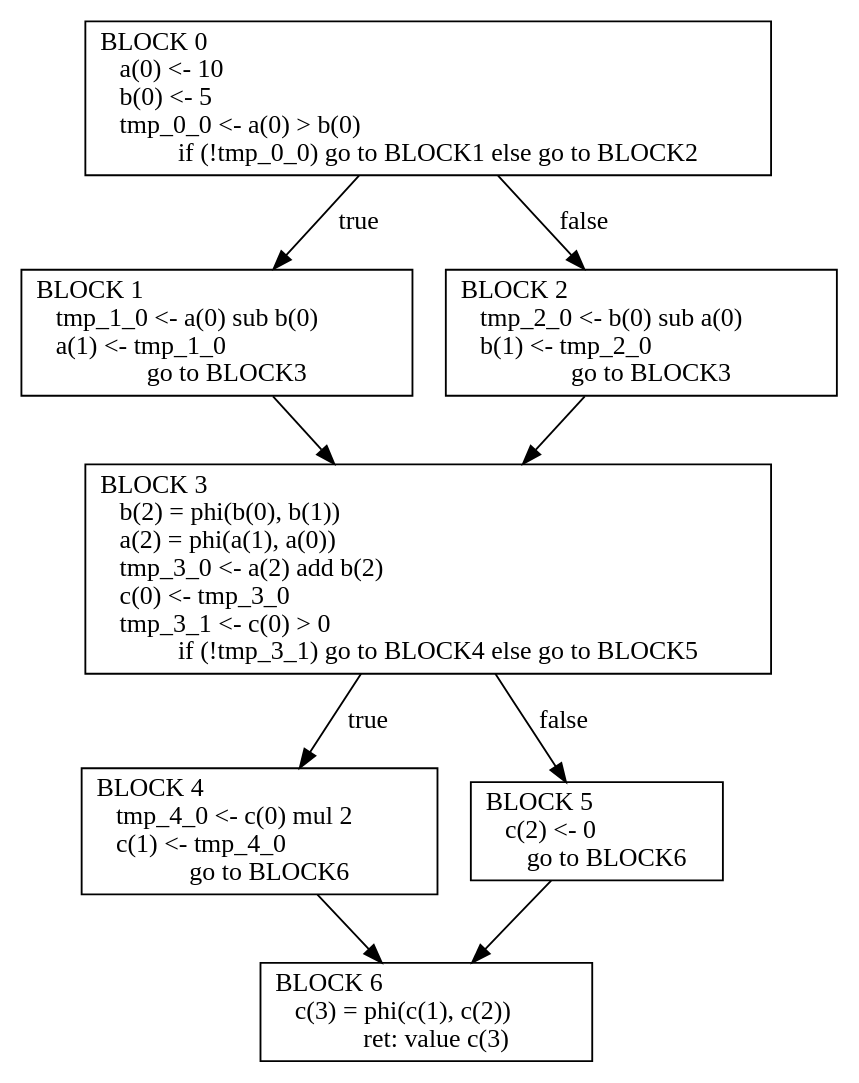
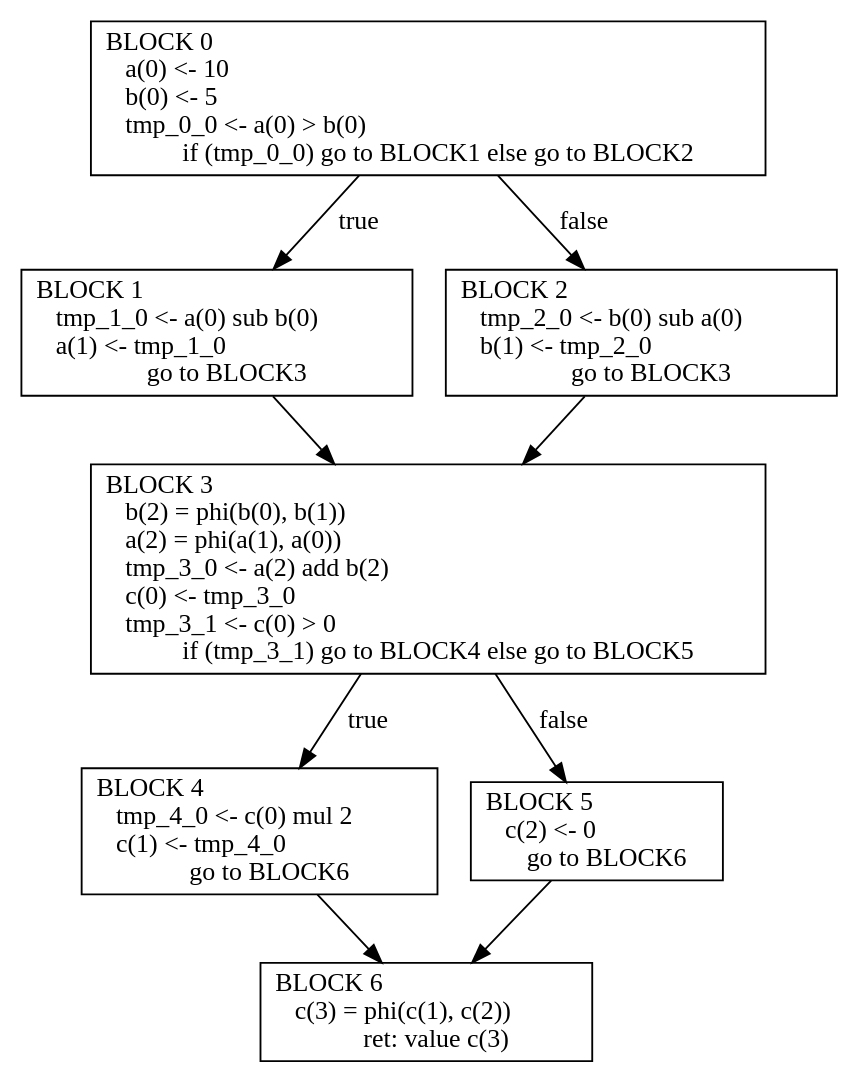
One commit to ark2016/generation-of-optimal-code changed the diagram in lab4/results/example1_ssa.dot. Above: the diagram before and after it, drawn with Graphviz. The commit also changed 22 other files, not shown here.

```diff
--- a/lab4/results/example1_ssa.dot
+++ b/lab4/results/example1_ssa.dot
@@ -1,18 +1,18 @@
 digraph G{
 node [shape=box nojustify=false]
-0 [label="BLOCK 0\l    a(0) <- 10\l    b(0) <- 5\l    tmp_0_0 <- a(0) > b(0)\l    if (!tmp_0_0) go to BLOCK1 else go to BLOCK2"]
+0 [label="BLOCK 0\l    a(0) <- 10\l    b(0) <- 5\l    tmp_0_0 <- a(0) > b(0)\l    if (tmp_0_0) go to BLOCK1 else go to BLOCK2"]
 0 -> 1 [label=true]
 0 -> 2 [label=false]
 1 [label="BLOCK 1\l    tmp_1_0 <- a(0) sub b(0)\l    a(1) <- tmp_1_0\l    go to BLOCK3"]
 1 -> 3
 2 [label="BLOCK 2\l    tmp_2_0 <- b(0) sub a(0)\l    b(1) <- tmp_2_0\l    go to BLOCK3"]
 2 -> 3
-3 [label="BLOCK 3\l    b(2) = phi(b(0), b(1))\l    a(2) = phi(a(1), a(0))\l    tmp_3_0 <- a(2) add b(2)\l    c(0) <- tmp_3_0\l    tmp_3_1 <- c(0) > 0\l    if (!tmp_3_1) go to BLOCK4 else go to BLOCK5"]
+3 [label="BLOCK 3\l    b(2) = phi(b(0), b(1))\l    a(2) = phi(a(1), a(0))\l    tmp_3_0 <- a(2) add b(2)\l    c(0) <- tmp_3_0\l    tmp_3_1 <- c(0) > 0\l    if (tmp_3_1) go to BLOCK4 else go to BLOCK5"]
 3 -> 4 [label=true]
 3 -> 5 [label=false]
 4 [label="BLOCK 4\l    tmp_4_0 <- c(0) mul 2\l    c(1) <- tmp_4_0\l    go to BLOCK6"]
 4 -> 6
 5 [label="BLOCK 5\l    c(2) <- 0\l    go to BLOCK6"]
 5 -> 6
 6 [label="BLOCK 6\l    c(3) = phi(c(1), c(2))\l    ret: value c(3)"]
 }
```
